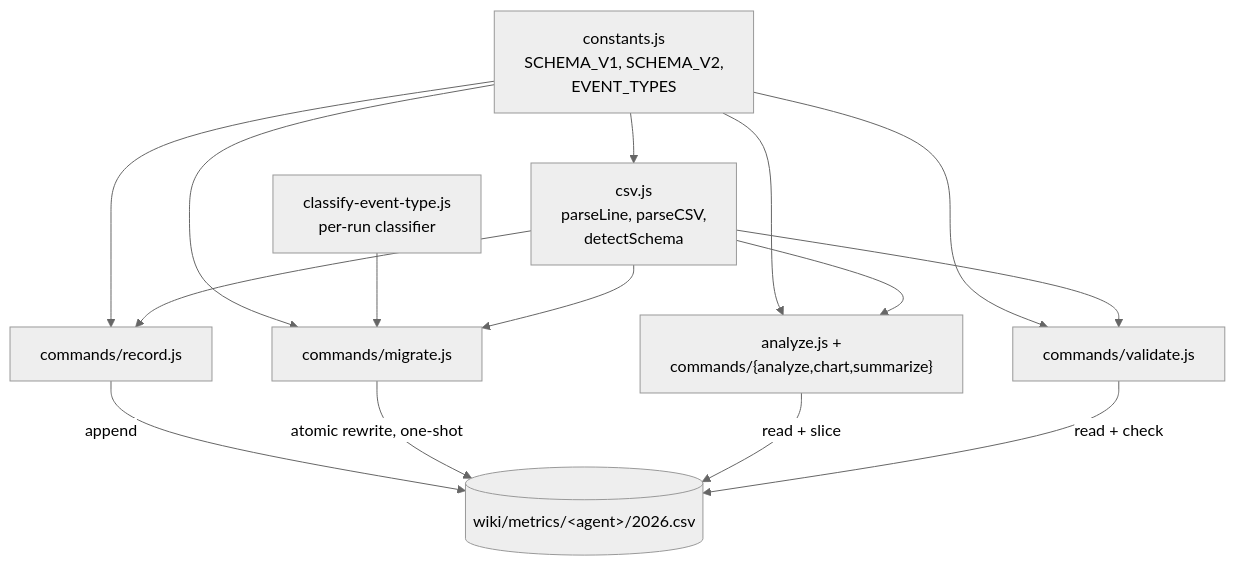
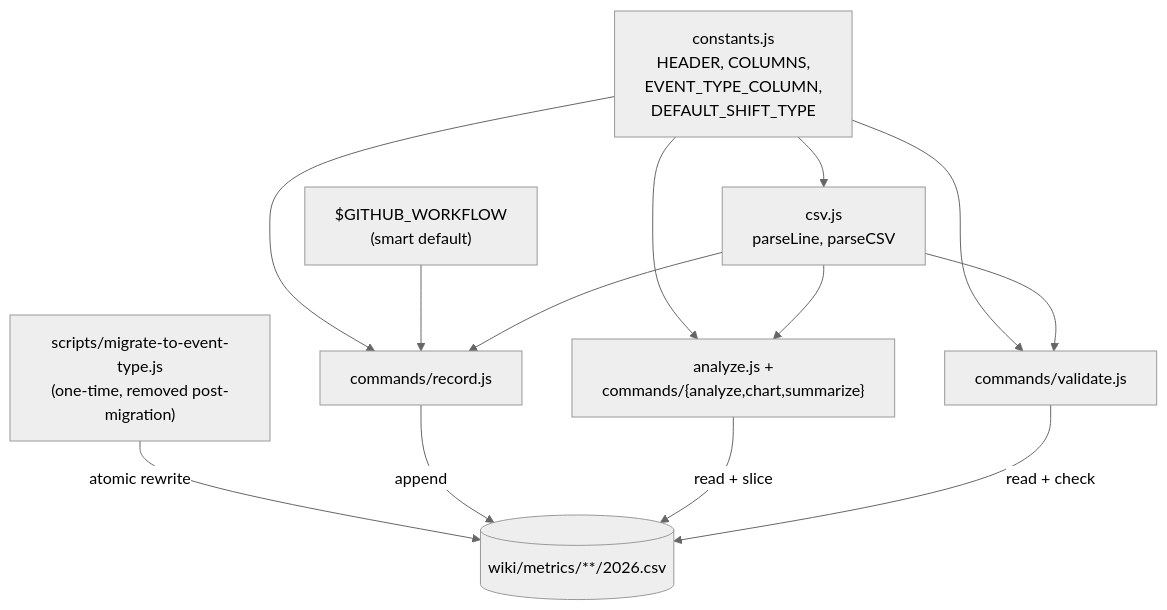
Before and after one commit to forwardimpact/monorepo: the diagram in specs/1540-csv-event-type-split-xmr/design-a.md, drawn with Mermaid (neutral theme). The commit also changed other lines of this file, not shown here.

````diff
--- a/specs/1540-csv-event-type-split-xmr/design-a.md
+++ b/specs/1540-csv-event-type-split-xmr/design-a.md
@@ -21,17 +30,15 @@
 ```mermaid
 graph TD
-    Constants["constants.js<br/>SCHEMA_V1, SCHEMA_V2,<br/>EVENT_TYPES"] --> Parser["csv.js<br/>parseLine, parseCSV,<br/>detectSchema"]
+    Constants["constants.js<br/>HEADER, COLUMNS,<br/>EVENT_TYPE_COLUMN,<br/>DEFAULT_SHIFT_TYPE"] --> Parser["csv.js<br/>parseLine, parseCSV"]
     Constants --> Recorder["commands/record.js"]
     Constants --> Validator["commands/validate.js"]
-    Constants --> Migrator["commands/migrate.js"]
     Constants --> Analyzer["analyze.js +<br/>commands/{analyze,chart,summarize}"]
-    Classifier["classify-event-type.js<br/>per-run classifier"] --> Migrator
+    Env["$GITHUB_WORKFLOW<br/>(smart default)"] --> Recorder
     Parser --> Validator
     Parser --> Analyzer
-    Parser --> Migrator
     Parser --> Recorder
-    Recorder -->|append| CSV[("wiki/metrics/&lt;agent&gt;/2026.csv")]
-    Migrator -->|atomic rewrite, one-shot| CSV
+    Classifier["scripts/migrate-to-event-type.js<br/>(one-time, removed post-migration)"] -->|atomic rewrite| CSV[("wiki/metrics/**/2026.csv")]
+    Recorder -->|append| CSV
     Analyzer -->|read + slice| CSV
     Validator -->|read + check| CSV
 ```
````
